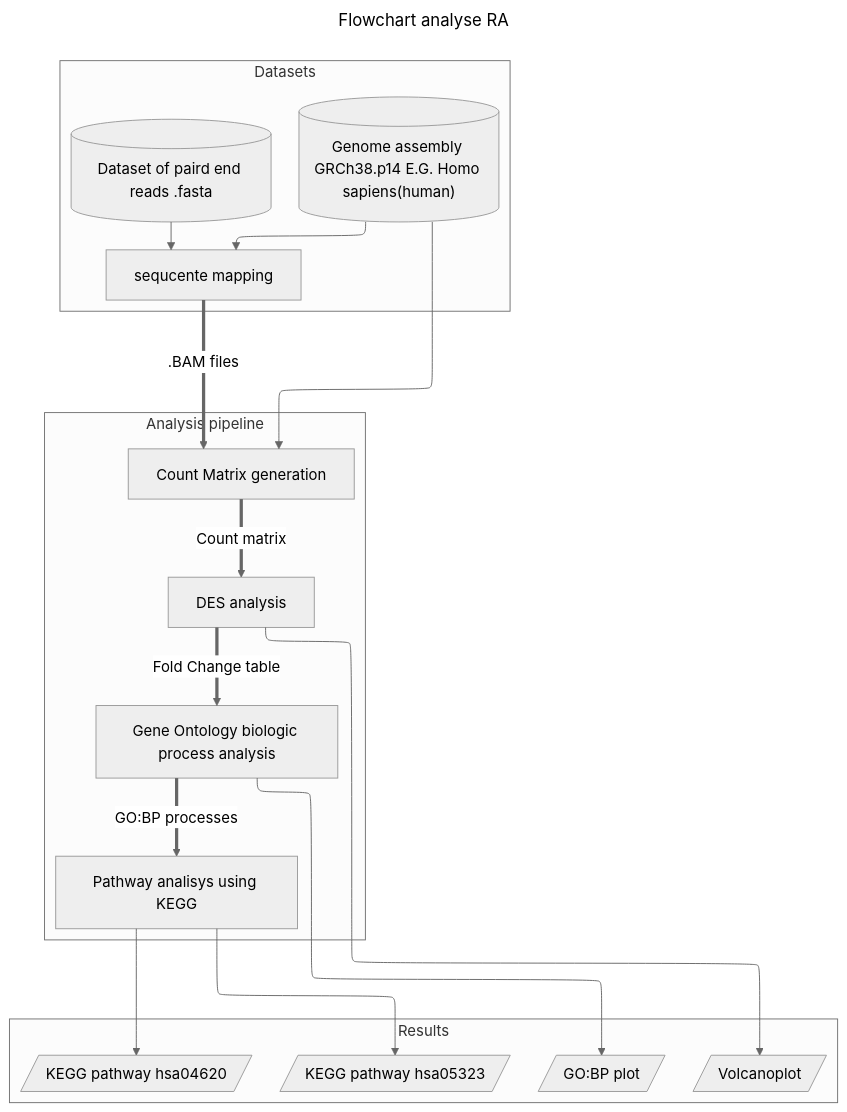
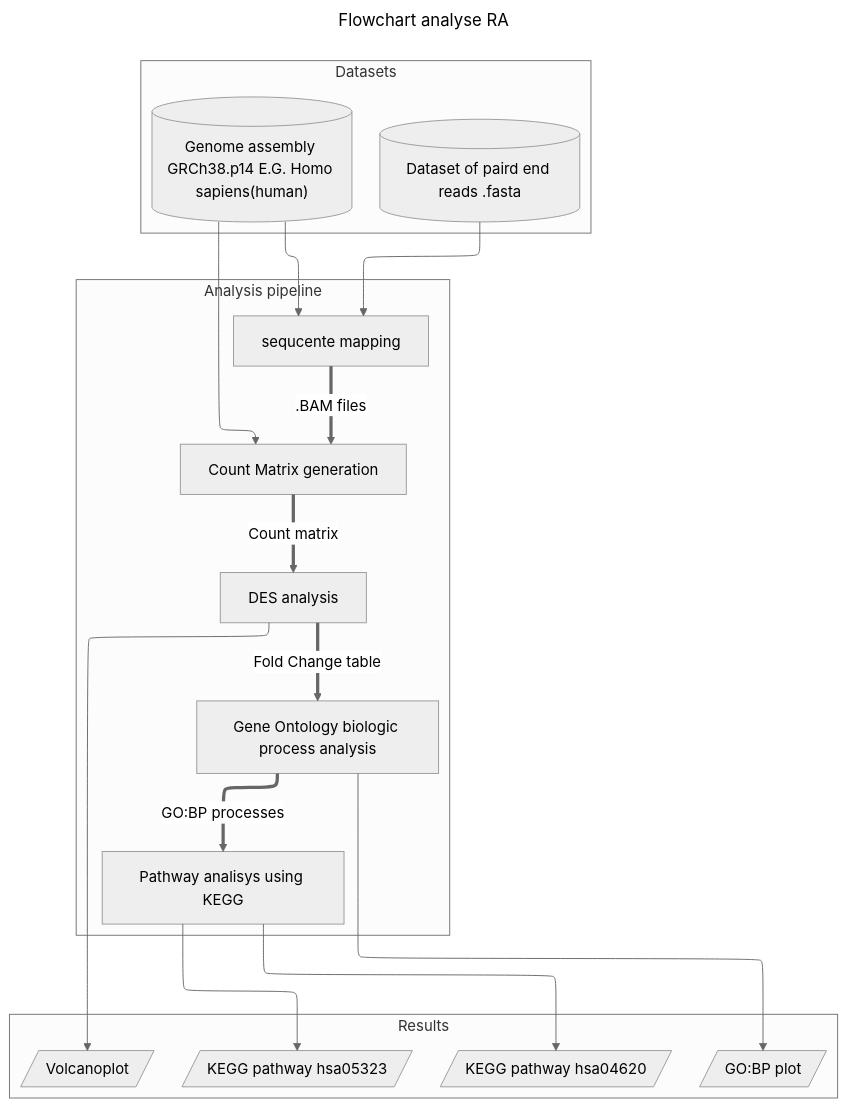
Before and after one commit to Quantum-Coder826/J2P4casusTranscriptomics: the diagram in README.md, drawn with Mermaid (neutral theme).

Commit message:
Moved nodes

````diff
--- a/README.md
+++ b/README.md
@@ -38,45 +38,46 @@
 ```mermaid
 ---
 config:
   flowchart:
     defaultRenderer: elk
 title: Flowchart analyse RA 
 ---
 flowchart-elk TB
   subgraph thee [Datasets]
     HG38[("Genome assembly GRCh38.p14 E.G. Homo sapiens(human)")]
-    
-    dataset[("Dataset of paird end reads .fasta")] --> seq_map
+    dataset[("Dataset of paird end reads .fasta")]
   end
   
   subgraph one [Analysis pipeline]
     HG38 --> seq_map
     HG38 --> matrix
+    
+    dataset --> seq_map
     
     seq_map["sequcente mapping"] ==>|".BAM files"| matrix
     matrix["Count Matrix generation"] ==>|"Count matrix"| data_ana
     data_ana["DES analysis"] ==>|"Fold Change table"| GO_ana
     GO_ana["Gene Ontology biologic process analysis"] ==>|"GO:BP processes"| KEGG_ana
     KEGG_ana["Pathway analisys using KEGG"]
   end
   
   subgraph two [Results]
     GO_ana ---> GO_plot[/"GO:BP plot"/]
     KEGG_ana ---> KEGG_hsa05323[/"KEGG pathway hsa05323"/]
     KEGG_ana ---> KEGG_hsa04620[/"KEGG pathway hsa04620"/]
     data_ana ---> Volcano[/"Volcanoplot"/]
   end
   
   classDef hidden display: none
   click HG38 "https://www.ncbi.nlm.nih.gov/datasets/genome/GCF_000001405.40/"
   click seq_map "https://github.com/Quantum-Coder826/J2P4casusTranscriptomics/blob/main/scripts/seq_mapping.R"
   click matrix "https://github.com/Quantum-Coder826/J2P4casusTranscriptomics/blob/main/scripts/count_matrix.R"
   click data_ana "https://github.com/Quantum-Coder826/J2P4casusTranscriptomics/blob/main/scripts/data_ana.R"
   click GO_ana "https://github.com/Quantum-Coder826/J2P4casusTranscriptomics/blob/main/scripts/GO_analysis.R"
   click KEGG_ana "https://github.com/Quantum-Coder826/J2P4casusTranscriptomics/blob/main/scripts/KEGG_analysis.R"
   click GO_plot "https://github.com/Quantum-Coder826/J2P4casusTranscriptomics/blob/main/results/GO/GOanalysis.png"
   click KEGG_hsa05323 "https://github.com/Quantum-Coder826/J2P4casusTranscriptomics/blob/main/results/hsa05323.pathview.png"
   click KEGG_hsa04620 "https://github.com/Quantum-Coder826/J2P4casusTranscriptomics/blob/main/results/hsa04620.pathview.png"
   click Volcano "https://github.com/Quantum-Coder826/J2P4casusTranscriptomics/blob/main/results/VolcanoplotWC.png"
 
 ```
````
